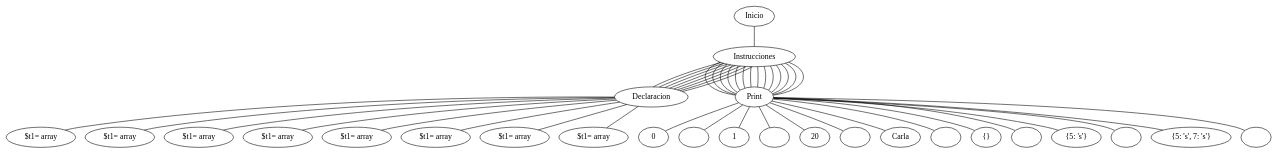
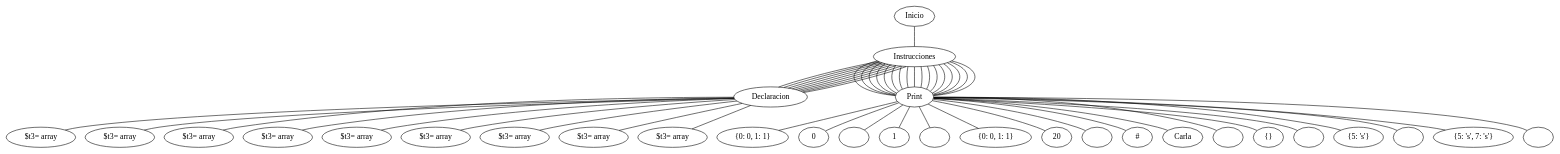
The diagram in reports/graph.dot (PabloOsuna1997/Proyecto_Augus), drawn with Graphviz before and after one commit. The commit also changed 10 other files, not shown here.

```diff
--- a/reports/graph.dot
+++ b/reports/graph.dot
@@ -1,93 +1,109 @@
 graph "" {n000 ;
 n000 [label="Inicio"] ;
 n000 -- n001;
 n001 [label="Instrucciones"] ;
 n001 -- n003;
 n003 [label="Declaracion"] ;
 n003 -- n004;
-n004 [label="$t1= array"] ;
+n004 [label="$t3= array"] ;
 n001 -- n003;
 n003 [label="Declaracion"] ;
 n003 -- n005;
-n005 [label="$t1= array"] ;
+n005 [label="$t3= array"] ;
 n001 -- n003;
 n003 [label="Declaracion"] ;
 n003 -- n006;
-n006 [label="$t1= array"] ;
+n006 [label="$t3= array"] ;
 n001 -- n002;
 n002 [label="Print"] ;
 n002 -- n007;
-n007 [label="0"] ;
+n007 [label="{0: 0, 1: 1}"] ;
 n001 -- n002;
 n002 [label="Print"] ;
 n002 -- n008;
-n008 [label="\n"] ;
+n008 [label="0"] ;
 n001 -- n002;
 n002 [label="Print"] ;
 n002 -- n009;
-n009 [label="1"] ;
+n009 [label="\n"] ;
 n001 -- n002;
 n002 [label="Print"] ;
 n002 -- n0010;
-n0010 [label="\n"] ;
+n0010 [label="1"] ;
+n001 -- n002;
+n002 [label="Print"] ;
+n002 -- n0011;
+n0011 [label="\n"] ;
 n001 -- n003;
 n003 [label="Declaracion"] ;
-n003 -- n0011;
-n0011 [label="$t1= array"] ;
-n001 -- n002;
-n002 [label="Print"] ;
-n002 -- n0012;
-n0012 [label="20"] ;
+n003 -- n0012;
+n0012 [label="$t3= array"] ;
 n001 -- n002;
 n002 [label="Print"] ;
 n002 -- n0013;
-n0013 [label="\n"] ;
+n0013 [label="{0: 0, 1: 1}"] ;
 n001 -- n003;
 n003 [label="Declaracion"] ;
 n003 -- n0014;
-n0014 [label="$t1= array"] ;
+n0014 [label="$t3= array"] ;
 n001 -- n002;
 n002 [label="Print"] ;
 n002 -- n0015;
-n0015 [label="Carla"] ;
+n0015 [label="20"] ;
 n001 -- n002;
 n002 [label="Print"] ;
 n002 -- n0016;
 n0016 [label="\n"] ;
+n001 -- n002;
+n002 [label="Print"] ;
+n002 -- n0017;
+n0017 [label="#"] ;
 n001 -- n003;
 n003 [label="Declaracion"] ;
-n003 -- n0017;
-n0017 [label="$t1= array"] ;
-n001 -- n002;
-n002 [label="Print"] ;
-n002 -- n0018;
-n0018 [label="{}"] ;
+n003 -- n0018;
+n0018 [label="$t3= array"] ;
 n001 -- n002;
 n002 [label="Print"] ;
 n002 -- n0019;
-n0019 [label="\n"] ;
+n0019 [label="Carla"] ;
+n001 -- n002;
+n002 [label="Print"] ;
+n002 -- n0020;
+n0020 [label="\n"] ;
 n001 -- n003;
 n003 [label="Declaracion"] ;
-n003 -- n0020;
-n0020 [label="$t1= array"] ;
-n001 -- n002;
-n002 [label="Print"] ;
-n002 -- n0021;
-n0021 [label="{5: 's'}"] ;
+n003 -- n0021;
+n0021 [label="$t3= array"] ;
 n001 -- n002;
 n002 [label="Print"] ;
 n002 -- n0022;
-n0022 [label="\n"] ;
+n0022 [label="{}"] ;
+n001 -- n002;
+n002 [label="Print"] ;
+n002 -- n0023;
+n0023 [label="\n"] ;
 n001 -- n003;
 n003 [label="Declaracion"] ;
-n003 -- n0023;
-n0023 [label="$t1= array"] ;
-n001 -- n002;
-n002 [label="Print"] ;
-n002 -- n0024;
-n0024 [label="{5: 's', 7: 's'}"] ;
+n003 -- n0024;
+n0024 [label="$t3= array"] ;
 n001 -- n002;
 n002 [label="Print"] ;
 n002 -- n0025;
-n0025 [label="\n"] ;
+n0025 [label="{5: 's'}"] ;
+n001 -- n002;
+n002 [label="Print"] ;
+n002 -- n0026;
+n0026 [label="\n"] ;
+n001 -- n003;
+n003 [label="Declaracion"] ;
+n003 -- n0027;
+n0027 [label="$t3= array"] ;
+n001 -- n002;
+n002 [label="Print"] ;
+n002 -- n0028;
+n0028 [label="{5: 's', 7: 's'}"] ;
+n001 -- n002;
+n002 [label="Print"] ;
+n002 -- n0029;
+n0029 [label="\n"] ;
 }
```
